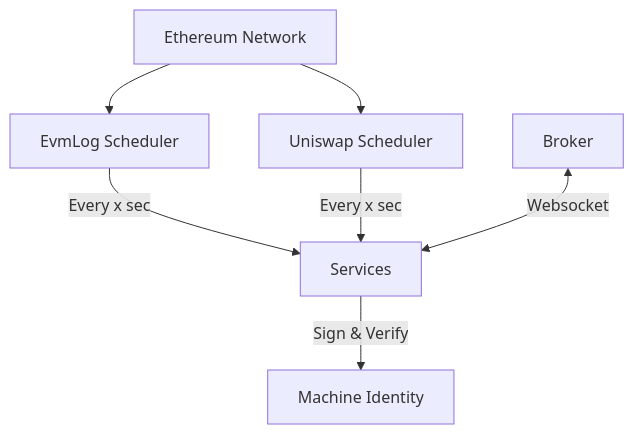
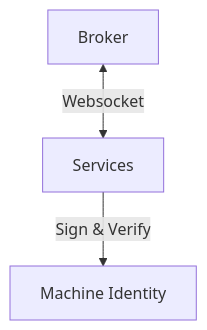
The third of 6 diagrams in Developer-Guide.md (TimeleapLabs/unchained), drawn with Mermaid before and after one commit. The commit also changed other lines of this file and 61 other files, not shown here.

````diff
--- a/Developer-Guide.md
+++ b/Developer-Guide.md
@@ -85,11 +74,6 @@
 ```mermaid
   graph TD;
-    Y[Ethereum Network] -->    A[EvmLog Scheduler]
-    Y[Ethereum Network] -->    B[Uniswap Scheduler]
-    A[EvmLog Scheduler] --> |Every x sec| W[Services]
-    B[Uniswap Scheduler] --> |Every x sec| W[Services]
-
     V[Broker] <--> |Websocket| W[Services]
     W[Services] --> |Sign & Verify| T[Machine Identity]
 
 ```
````
